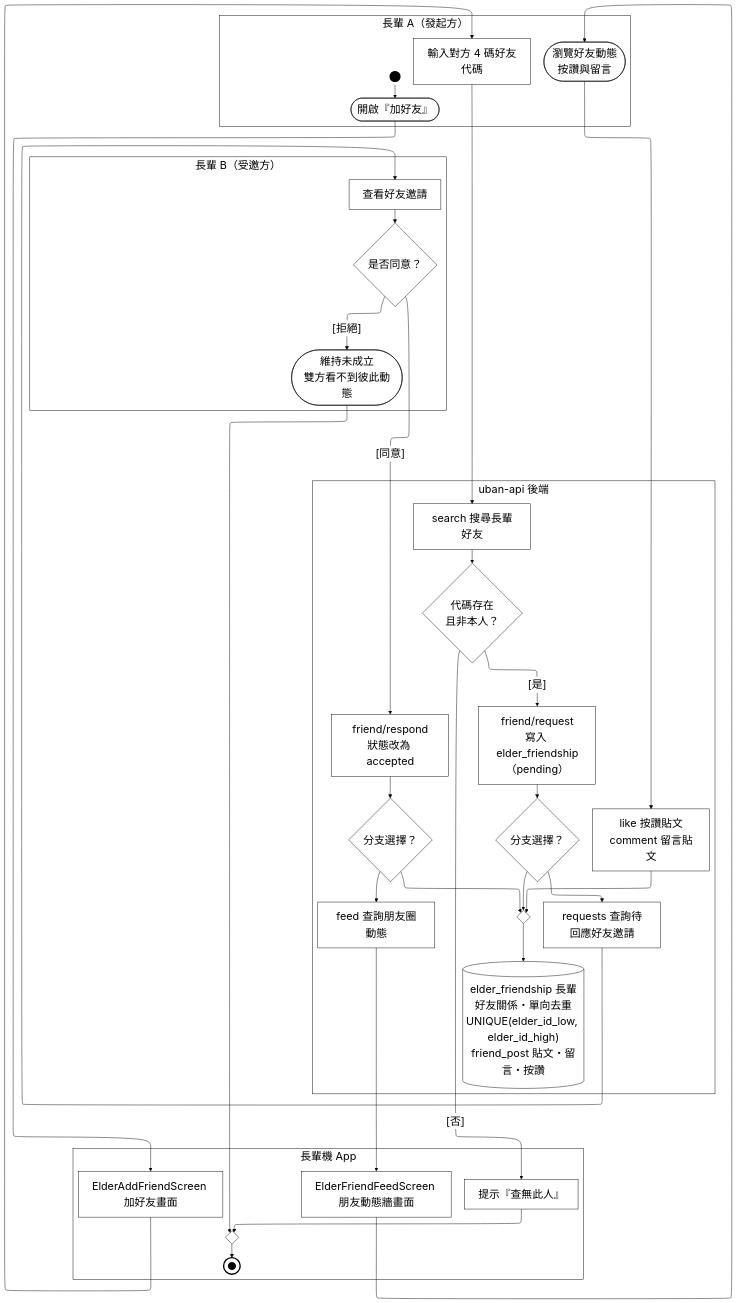
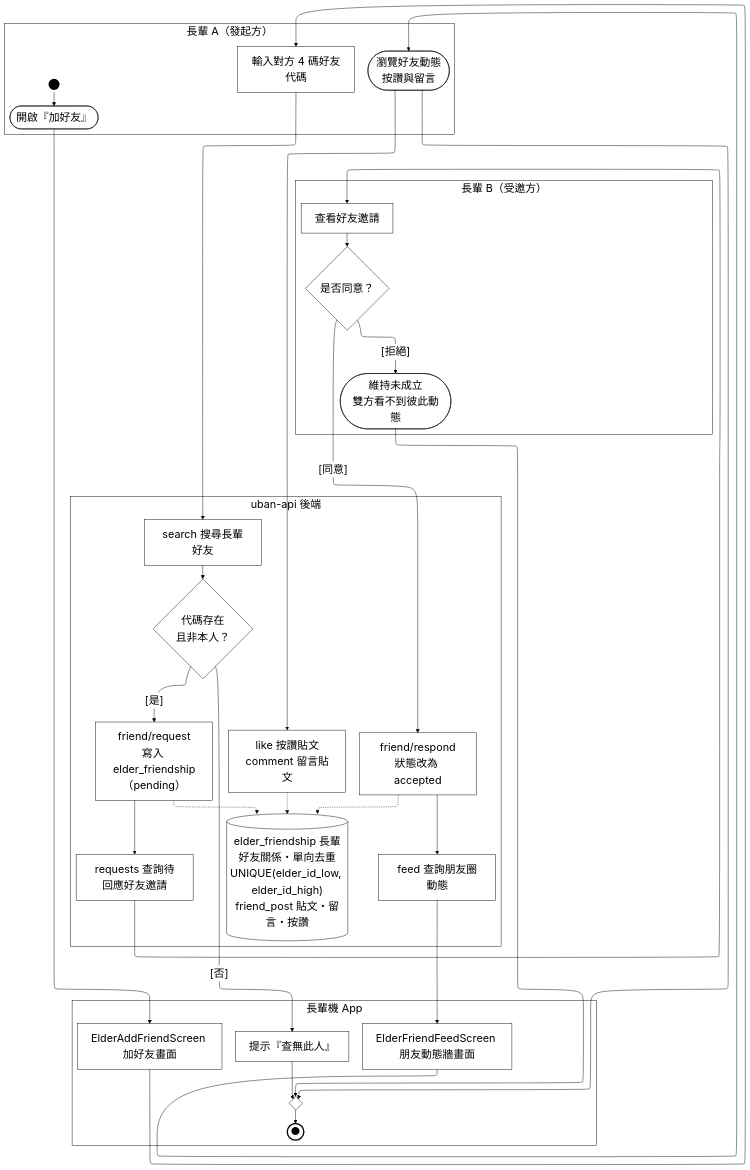
One commit to HuangYu-Kai/Uban changed the diagram in Uban System Documents/mermaid原始碼/A07-長輩社交.mmd. Above: the diagram before and after it, drawn with Mermaid. The commit also changed 116 other files, not shown here.

```diff
--- a/Uban System Documents/mermaid原始碼/A07-長輩社交.mmd
+++ b/Uban System Documents/mermaid原始碼/A07-長輩社交.mmd
@@ -1,70 +1,65 @@
 %%{init:{"layout":"elk","elk":{"mergeEdges":false,"nodePlacementStrategy":"NETWORK_SIMPLEX"},"flowchart":{"htmlLabels":true},"themeVariables":{"clusterBkg":"#FFFFFF","clusterBorder":"#000000","edgeLabelBackground":"#FFFFFF","textColor":"#000000","nodeTextColor":"#000000","titleColor":"#000000","lineColor":"#000000","fontSize":"24px"}}}%%
 flowchart TD
   %% 鎖住泳道順序：ELK 不照宣告順序排，沒有這條鏈後端會跑到最上面
   subgraph ROLE["長輩 A（發起方）"]
     PAD_ROLE["&nbsp;&nbsp;&nbsp;&nbsp;&nbsp;&nbsp;&nbsp;&nbsp;&nbsp;&nbsp;&nbsp;&nbsp;&nbsp;&nbsp;&nbsp;&nbsp;&nbsp;&nbsp;&nbsp;&nbsp;&nbsp;&nbsp;&nbsp;&nbsp;&nbsp;&nbsp;&nbsp;&nbsp;&nbsp;&nbsp;&nbsp;&nbsp;&nbsp;&nbsp;&nbsp;&nbsp;&nbsp;&nbsp;&nbsp;&nbsp;&nbsp;"]:::pad
     ST_S1(("&nbsp;")):::term
     S1([開啟『加好友』]):::act
     S2["輸入對方 4 碼好友代碼"]:::act
     S3(["瀏覽好友動態<br/>按讚與留言"]):::act
   end
   subgraph ROLE2["長輩 B（受邀方）"]
     PAD_ROLE2["&nbsp;&nbsp;&nbsp;&nbsp;&nbsp;&nbsp;&nbsp;&nbsp;&nbsp;&nbsp;&nbsp;&nbsp;&nbsp;&nbsp;&nbsp;&nbsp;&nbsp;&nbsp;&nbsp;&nbsp;&nbsp;&nbsp;&nbsp;&nbsp;&nbsp;&nbsp;&nbsp;&nbsp;&nbsp;&nbsp;&nbsp;&nbsp;&nbsp;&nbsp;&nbsp;&nbsp;&nbsp;&nbsp;&nbsp;&nbsp;&nbsp;&nbsp;&nbsp;&nbsp;&nbsp;&nbsp;&nbsp;&nbsp;&nbsp;&nbsp;&nbsp;&nbsp;&nbsp;&nbsp;&nbsp;&nbsp;&nbsp;&nbsp;&nbsp;&nbsp;&nbsp;&nbsp;&nbsp;&nbsp;&nbsp;&nbsp;&nbsp;&nbsp;&nbsp;&nbsp;&nbsp;&nbsp;&nbsp;&nbsp;&nbsp;&nbsp;&nbsp;&nbsp;&nbsp;&nbsp;&nbsp;&nbsp;&nbsp;&nbsp;&nbsp;&nbsp;&nbsp;&nbsp;&nbsp;&nbsp;"]:::pad
     T1["查看好友邀請"]:::act
     T2{"是否同意？"}:::dec
     R1(["維持未成立<br/>雙方看不到彼此動態"]):::act
   end
   subgraph FE["長輩機 App"]
     PAD_FE["&nbsp;&nbsp;&nbsp;&nbsp;&nbsp;&nbsp;&nbsp;&nbsp;"]:::pad
     A1["ElderAddFriendScreen 加好友畫面"]:::act
     A2["ElderFriendFeedScreen 朋友動態牆畫面"]:::act
     A3["提示『查無此人』"]:::act
     M_END{" "}:::dec
     EN_ALL(("●")):::endterm
   end
   subgraph BE["uban-api 後端"]
     B1["search 搜尋長輩好友"]:::act
     B2{"代碼存在<br/>且非本人？"}:::dec
     B3["friend/request<br/>寫入 elder_friendship（pending）"]:::act
     B4["requests 查詢待回應好友邀請"]:::act
     B5["friend/respond<br/>狀態改為 accepted"]:::act
     B6["feed 查詢朋友圈動態"]:::act
     B7["like 按讚貼文<br/>comment 留言貼文"]:::act
     DB[("elder_friendship 長輩好友關係・單向去重<br/>UNIQUE(elder_id_low, elder_id_high)<br/>friend_post 貼文・留言・按讚")]:::act
-    D_B3{"分支選擇？"}:::dec
-    D_B5{"分支選擇？"}:::dec
-    M_DB{" "}:::dec
   end
 
   ST_S1 --> S1
   S1 --> A1
   A1 --> S2
   S2 --> B1
   B1 --> B2
   B2 -->|"[否]"| A3
   B2 -->|"[是]"| B3
-  D_B3 --> M_DB
-  D_B3 --> B4
+  B3 -.-> DB
+  B3 --> B4
   B4 --> T1
   T1 --> T2
   T2 -->|"[拒絕]"| R1
   T2 -->|"[同意]"| B5
-  D_B5 --> M_DB
-  D_B5 --> B6
+  B5 -.-> DB
+  B5 --> B6
   B6 --> A2
   A2 --> S3
   S3 --> B7
-  B7 --> M_DB
+  B7 -.-> DB
   R1 --> M_END
   A3 --> M_END
-  B3 --> D_B3
-  B5 --> D_B5
-  M_DB --> DB
+  S3 --> M_END
   M_END --> EN_ALL
   ROLE ~~~ ROLE2 ~~~ FE ~~~ BE
   classDef pad  fill:none,stroke:none,color:#FFFFFF
   classDef act  fill:#FFFFFF,stroke:#000000,stroke-width:1px,color:#000000
   classDef dec  fill:#FFFFFF,stroke:#000000,stroke-width:1px,color:#000000
   classDef term fill:#000000,stroke:#000000,stroke-width:3px,color:#000000
   classDef endterm fill:#FFFFFF,stroke:#000000,stroke-width:3px,color:#000000
   classDef gap  fill:#FFFFFF,stroke:#000000,stroke-width:1px,color:#000000,stroke-dasharray:4 3
```
